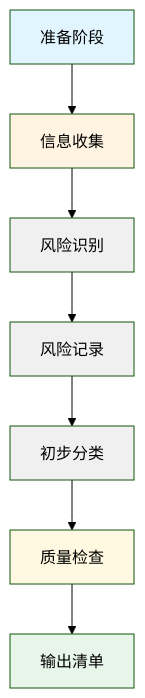
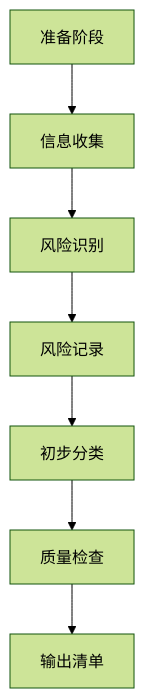
Before and after one commit to HeartFlying/swf: the diagram in skills/s3-risk/template.md, drawn with Mermaid (forest theme). The commit also changed other lines of this file and 33 other files, not shown here.

````diff
--- a/skills/s3-risk/template.md
+++ b/skills/s3-risk/template.md
@@ -123,17 +123,9 @@
 ```mermaid
 graph TD
     A[准备阶段] --> B[信息收集]
     B --> C[风险识别]
     C --> D[风险记录]
     D --> E[初步分类]
     E --> F[质量检查]
     F --> G[输出清单]
-    
-    style A fill:#e1f5ff
-    style B fill:#fff4e1
-    style C fill:#f0f0f0
-    style D fill:#f0f0f0
-    style E fill:#f0f0f0
-    style F fill:#fff9e1
-    style G fill:#e8f5e9
 ```
````
